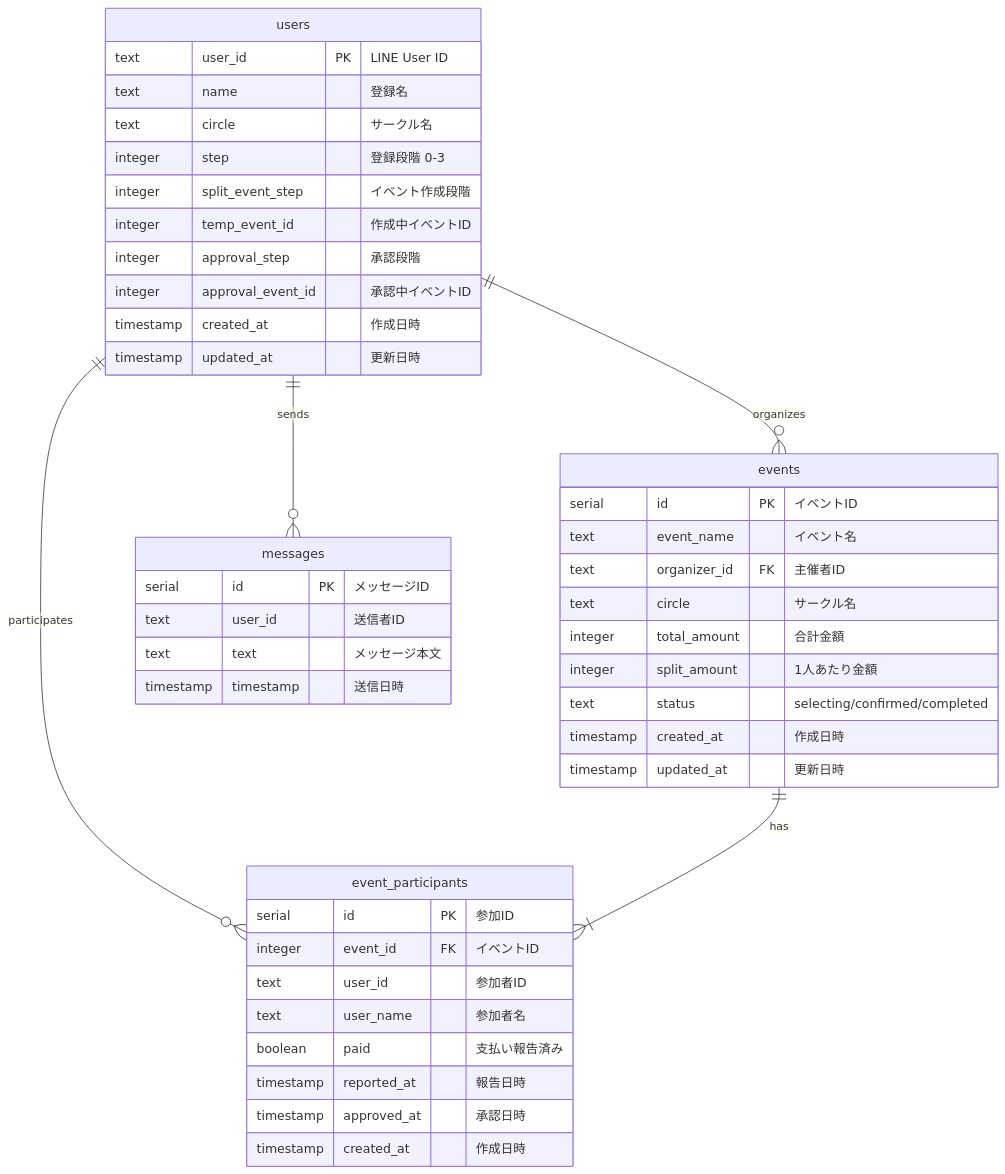
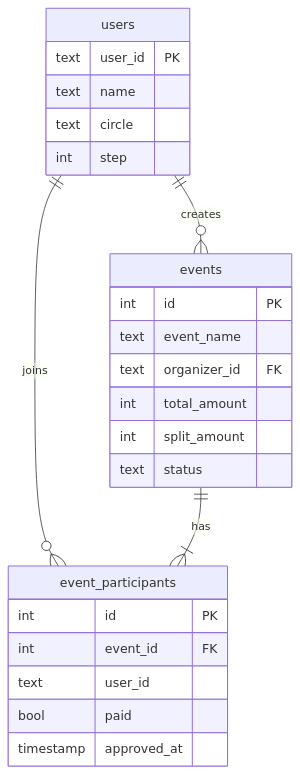
One commit to crackerky/circle-pay changed the second of 3 diagrams in docs/ARCHITECTURE.md. Above: the diagram before and after it, drawn with Mermaid. The commit also changed other lines of this file, not shown here.

Commit message:
Simplify architecture diagrams for better readability

````diff
--- a/docs/ARCHITECTURE.md
+++ b/docs/ARCHITECTURE.md
@@ -339,50 +70,30 @@
 ```mermaid
 erDiagram
-    users ||--o{ events : "organizes"
-    users ||--o{ event_participants : "participates"
+    users ||--o{ events : "creates"
+    users ||--o{ event_participants : "joins"
     events ||--|{ event_participants : "has"
-    users ||--o{ messages : "sends"
 
     users {
-        text user_id PK "LINE User ID"
-        text name "登録名"
-        text circle "サークル名"
-        integer step "登録段階 0-3"
-        integer split_event_step "イベント作成段階"
-        integer temp_event_id "作成中イベントID"
-        integer approval_step "承認段階"
-        integer approval_event_id "承認中イベントID"
-        timestamp created_at "作成日時"
-        timestamp updated_at "更新日時"
+        text user_id PK
+        text name
+        text circle
+        int step
     }
 
     events {
-        serial id PK "イベントID"
-        text event_name "イベント名"
-        text organizer_id FK "主催者ID"
-        text circle "サークル名"
-        integer total_amount "合計金額"
-        integer split_amount "1人あたり金額"
-        text status "selecting/confirmed/completed"
-        timestamp created_at "作成日時"
-        timestamp updated_at "更新日時"
+        int id PK
+        text event_name
+        text organizer_id FK
+        int total_amount
+        int split_amount
+        text status
     }
 
     event_participants {
-        serial id PK "参加ID"
-        integer event_id FK "イベントID"
-        text user_id "参加者ID"
-        text user_name "参加者名"
-        boolean paid "支払い報告済み"
-        timestamp reported_at "報告日時"
-        timestamp approved_at "承認日時"
-        timestamp created_at "作成日時"
-    }
-
-    messages {
-        serial id PK "メッセージID"
-        text user_id "送信者ID"
-        text text "メッセージ本文"
-        timestamp timestamp "送信日時"
+        int id PK
+        int event_id FK
+        text user_id
+        bool paid
+        timestamp approved_at
     }
 ```
````
